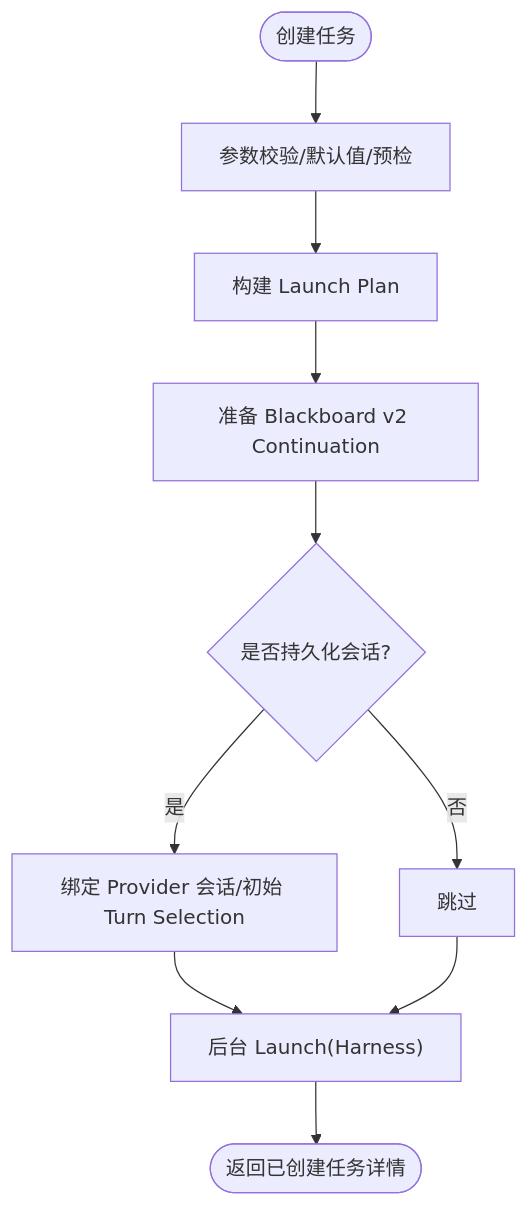
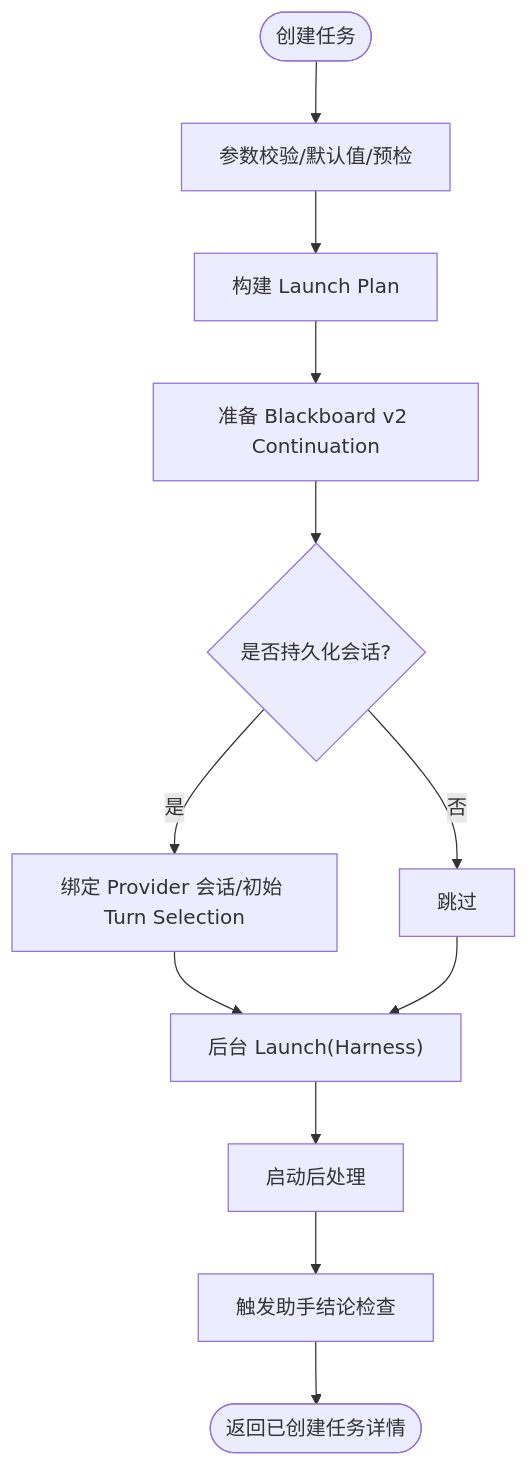
One commit to n1majne3/CyberPenda changed the fifth of 12 diagrams in .qoder/repowiki/zh/content/核心架构/控制平面 - Daemon服务/任务生命周期管理/任务生命周期管理.md. Above: the diagram before and after it, drawn with Mermaid. The commit also changed other lines of this file and 6 other files, not shown here.

````diff
--- a/.qoder/repowiki/zh/content/核心架构/控制平面 - Daemon服务/任务生命周期管理/任务生命周期管理.md
+++ b/.qoder/repowiki/zh/content/核心架构/控制平面 - Daemon服务/任务生命周期管理/任务生命周期管理.md
@@ -174,12 +253,14 @@
 ```mermaid
 flowchart TD
 Start(["创建任务"]) --> Validate["参数校验/默认值/预检"]
 Validate --> BuildPlan["构建 Launch Plan"]
 BuildPlan --> BBPrepare["准备 Blackboard v2 Continuation"]
 BBPrepare --> OpenSession{"是否持久化会话?"}
 OpenSession --> |是| BindSession["绑定 Provider 会话/初始 Turn Selection"]
 OpenSession --> |否| SkipSession["跳过"]
 BindSession --> Launch
 SkipSession --> Launch
-Launch["后台 Launch(Harness)"] --> Done(["返回已创建任务详情"])
+Launch["后台 Launch(Harness)"] --> PostLaunch["启动后处理"]
+PostLaunch --> AssistedCheck["触发助手结论检查"]
+AssistedCheck --> Done(["返回已创建任务详情"])
 ```
````
